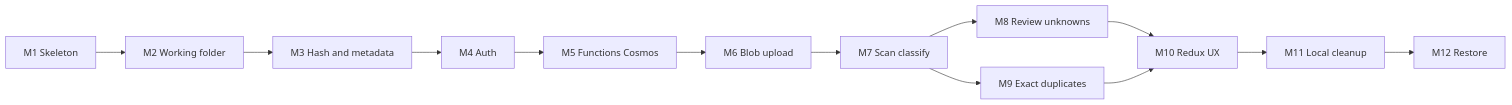
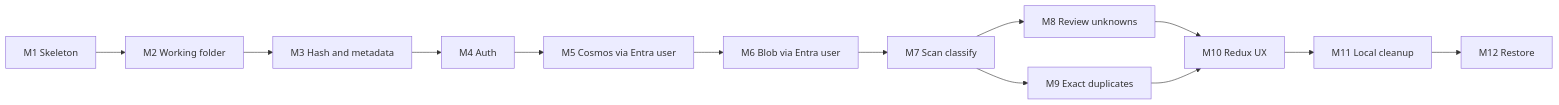
Before and after one commit to digillent/yaadein: the second of 2 diagrams in ROADMAP.md, drawn with Mermaid. The commit also changed other lines of this file and 4 other files, not shown here.

First line of the commit message:
Use Entra user tokens for Cosmos/Blob; drop Functions from solo MVP.

````diff
--- a/ROADMAP.md
+++ b/ROADMAP.md
@@ -268,15 +177,15 @@
 ```mermaid
 flowchart LR
   M1[M1 Skeleton] --> M2[M2 Working folder]
   M2 --> M3[M3 Hash and metadata]
   M3 --> M4[M4 Auth]
-  M4 --> M5[M5 Functions Cosmos]
-  M5 --> M6[M6 Blob upload]
+  M4 --> M5[M5 Cosmos via Entra user]
+  M5 --> M6[M6 Blob via Entra user]
   M6 --> M7[M7 Scan classify]
   M7 --> M8[M8 Review unknowns]
   M7 --> M9[M9 Exact duplicates]
   M8 --> M10[M10 Redux UX]
   M9 --> M10
   M10 --> M11[M11 Local cleanup]
   M11 --> M12[M12 Restore]
 ```
````
